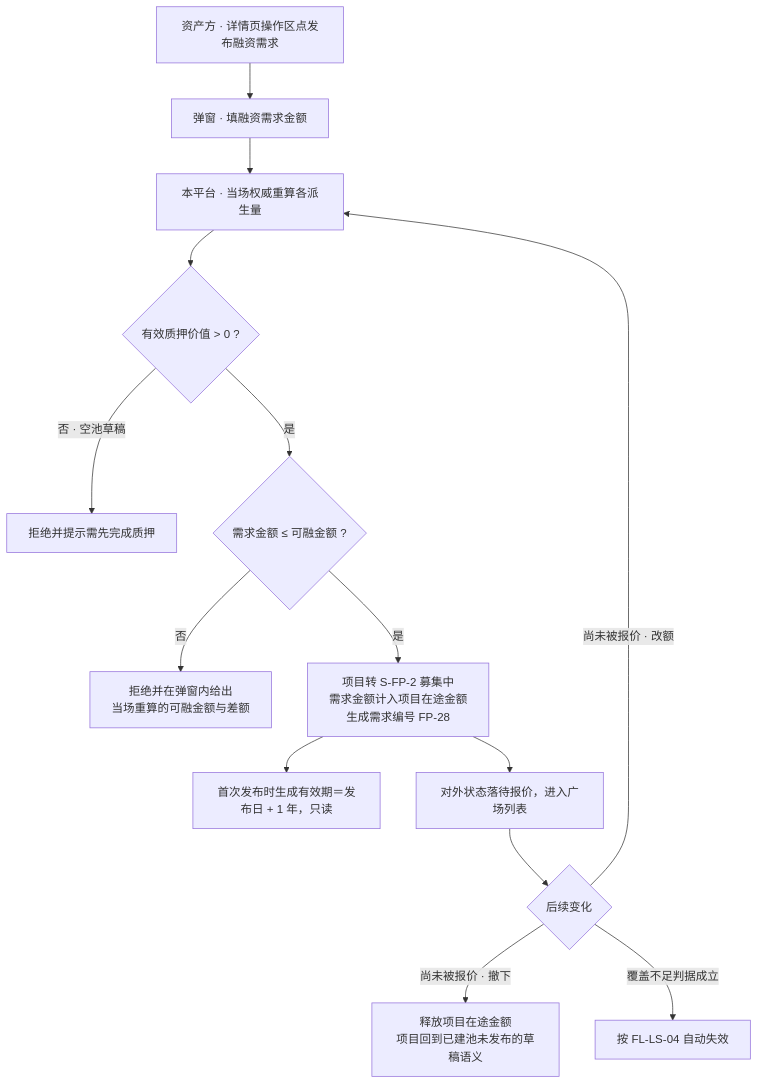
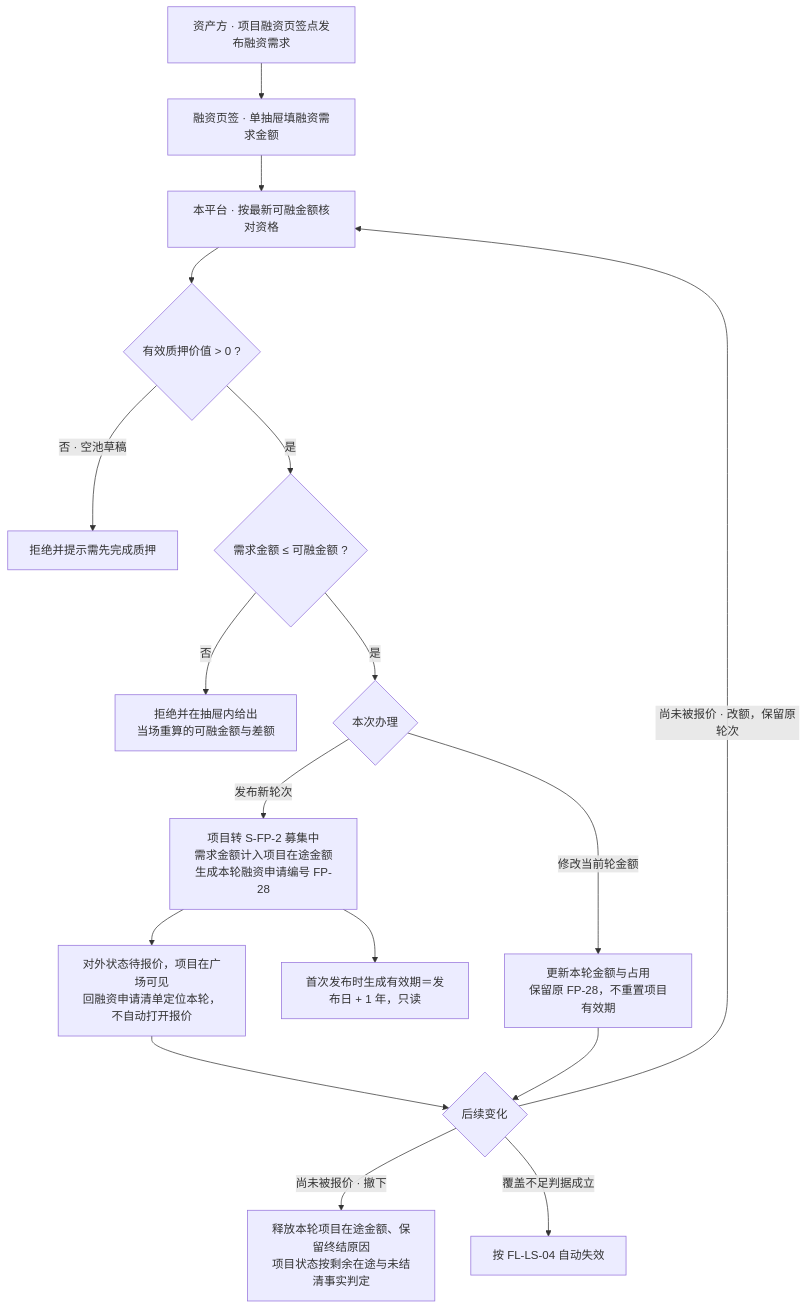
One commit to wxblockchain/Chain-Financing changed the second of 10 diagrams in lending-platform/PRD/v1.0-借贷广场-融资需求与代币质押/v1.0-借贷广场-融资需求与代币质押-流程图与状态机.md. Above: the diagram before and after it, drawn with Mermaid. The commit also changed other lines of this file and 13 other files, not shown here.

````diff
--- a/lending-platform/PRD/v1.0-借贷广场-融资需求与代币质押/v1.0-借贷广场-融资需求与代币质押-流程图与状态机.md
+++ b/lending-platform/PRD/v1.0-借贷广场-融资需求与代币质押/v1.0-借贷广场-融资需求与代币质押-流程图与状态机.md
@@ -57,16 +58,19 @@
 ```mermaid
 flowchart TD
-  A["资产方 · 详情页操作区点发布融资需求"] --> B["弹窗 · 填融资需求金额"]
-  B --> C["本平台 · 当场权威重算各派生量"]
+  A["资产方 · 项目融资页签点发布融资需求"] --> B["融资页签 · 单抽屉填融资需求金额"]
+  B --> C["本平台 · 按最新可融金额核对资格"]
   C --> D{"有效质押价值 > 0 ?"}
   D -- "否 · 空池草稿" --> E["拒绝并提示需先完成质押"]
   D -- "是" --> F{"需求金额 ≤ 可融金额 ?"}
-  F -- "否" --> G["拒绝并在弹窗内给出<br/>当场重算的可融金额与差额"]
-  F -- "是" --> H["项目转 S-FP-2 募集中<br/>需求金额计入项目在途金额<br/>生成需求编号 FP-28"]
+  F -- "否" --> G["拒绝并在抽屉内给出<br/>当场重算的可融金额与差额"]
+  F -- "是" --> T{"本次办理"}
+  T -- "发布新轮次" --> H["项目转 S-FP-2 募集中<br/>需求金额计入项目在途金额<br/>生成本轮融资申请编号 FP-28"]
+  T -- "修改当前轮金额" --> R["更新本轮金额与占用<br/>保留原 FP-28，不重置项目有效期"]
   H --> I["首次发布时生成有效期＝发布日 + 1 年，只读"]
-  H --> J["对外状态落待报价，进入广场列表"]
+  H --> J["对外状态待报价，项目在广场可见<br/>回融资申请清单定位本轮，不自动打开报价"]
   J --> K{"后续变化"}
-  K -- "尚未被报价 · 改额" --> C
-  K -- "尚未被报价 · 撤下" --> L["释放项目在途金额<br/>项目回到已建池未发布的草稿语义"]
+  R --> K
+  K -- "尚未被报价 · 改额，保留原轮次" --> C
+  K -- "尚未被报价 · 撤下" --> L["释放本轮项目在途金额、保留终结原因<br/>项目状态按剩余在途与未结清事实判定"]
   K -- "覆盖不足判据成立" --> M["按 FL-LS-04 自动失效"]
 ```
````
